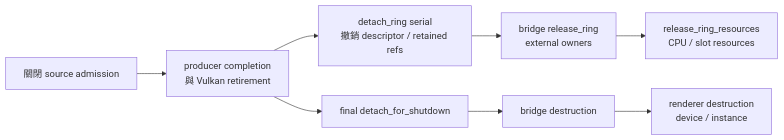
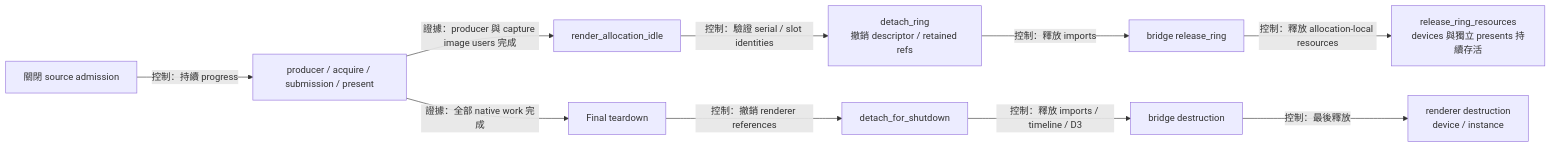
Before and after one commit to Mes0903/avb0795: the eighth of 8 diagrams in docs/architecture/shared-vulkan-renderer.md, drawn with Mermaid. The commit also changed other lines of this file and 156 other files, not shown here.

````diff
--- a/docs/architecture/shared-vulkan-renderer.md
+++ b/docs/architecture/shared-vulkan-renderer.md
@@ -195,10 +200,12 @@
 ```mermaid
 flowchart LR
-  A[關閉 source admission] --> P[producer completion<br/>與 Vulkan retirement]
-  P --> D[detach_ring serial<br/>撤銷 descriptor / retained refs]
-  D --> B[bridge release_ring<br/>external owners]
-  B --> R[release_ring_resources<br/>CPU / slot resources]
-  P --> S[final detach_for_shutdown]
-  S --> F[bridge destruction]
-  F --> V[renderer destruction<br/>device / instance]
+  A[關閉 source admission] -->|控制：持續 progress| P[producer / acquire / submission / present]
+  P -->|證據：producer 與 capture image users 完成| Idle[render_allocation_idle]
+  Idle -->|控制：驗證 serial / slot identities| D[detach_ring<br/>撤銷 descriptor / retained refs]
+  D -->|控制：釋放 imports| B[bridge release_ring]
+  B -->|控制：釋放 allocation-local resources| R[release_ring_resources<br/>devices 與獨立 presents 持續存活]
+  P -->|證據：全部 native work 完成| All[Final teardown]
+  All -->|控制：撤銷 renderer references| S[detach_for_shutdown]
+  S -->|控制：釋放 imports / timeline / D3| F[bridge destruction]
+  F -->|控制：最後釋放| V[renderer destruction<br/>device / instance]
 ```
````
